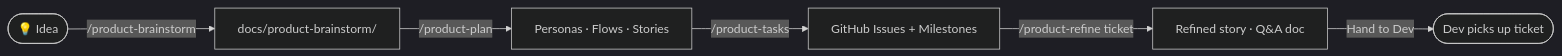
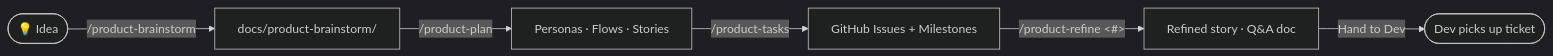
The fourth of 12 diagrams in README.md (manikumarkv/devrunway-claude-plugin), drawn with Mermaid (dark theme) before and after one commit. The commit also changed other lines of this file, not shown here.

````diff
--- a/README.md
+++ b/README.md
@@ -124,8 +129,8 @@
 ```mermaid
 flowchart LR
     A(["💡 Idea"]) -->|"/product-brainstorm"| B["docs/product-brainstorm/"]
     B -->|"/product-plan"| C["Personas · Flows · Stories"]
     C -->|"/product-tasks"| D["GitHub Issues + Milestones"]
-    D -->|"/product-refine ticket"| E["Refined story · Q&A doc"]
+    D -->|"/product-refine &lt;#&gt;"| E["Refined story · Q&A doc"]
     E -->|Hand to Dev| F(["Dev picks up ticket"])
 ```
````
